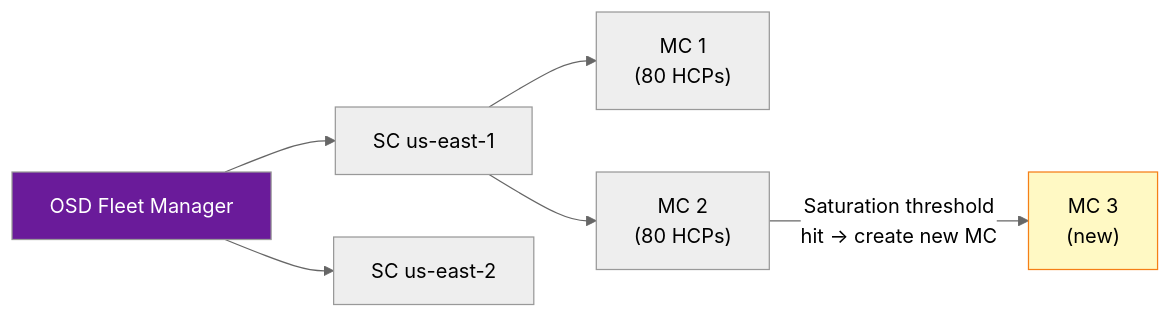
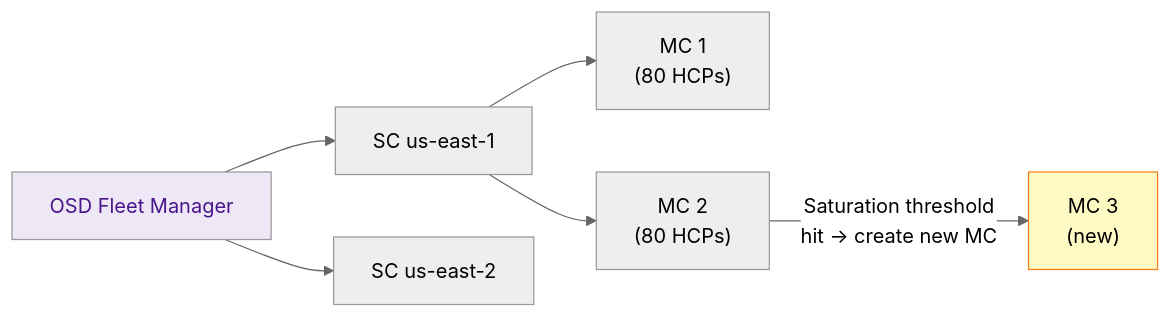
One commit to mcipamo/hcp-study-guide changed the fourth of 4 diagrams in docs/architecture.md. Above: the diagram before and after it, drawn with Mermaid (neutral theme). The commit also changed other lines of this file and 61 other files, not shown here.

Commit message:
Fix diagram readability: light backgrounds + dark text; fix logo

````diff
--- a/docs/architecture.md
+++ b/docs/architecture.md
@@ -155,18 +155,18 @@
 ```mermaid
 graph LR
     FM["OSD Fleet Manager"]
     SC1["SC us-east-1"]
     SC2["SC us-east-2"]
     MC1["MC 1\n(80 HCPs)"]
     MC2["MC 2\n(80 HCPs)"]
     MC3["MC 3\n(new)"]
 
     FM --> SC1
     FM --> SC2
     SC1 --> MC1
     SC1 --> MC2
     MC2 -->|"Saturation threshold\nhit → create new MC"| MC3
 
-    style FM fill:#6a1b9a,color:#fff
+    style FM fill:#ede7f6,color:#4a148c
     style MC3 fill:#fff9c4,stroke:#f57f17
 ```
````
